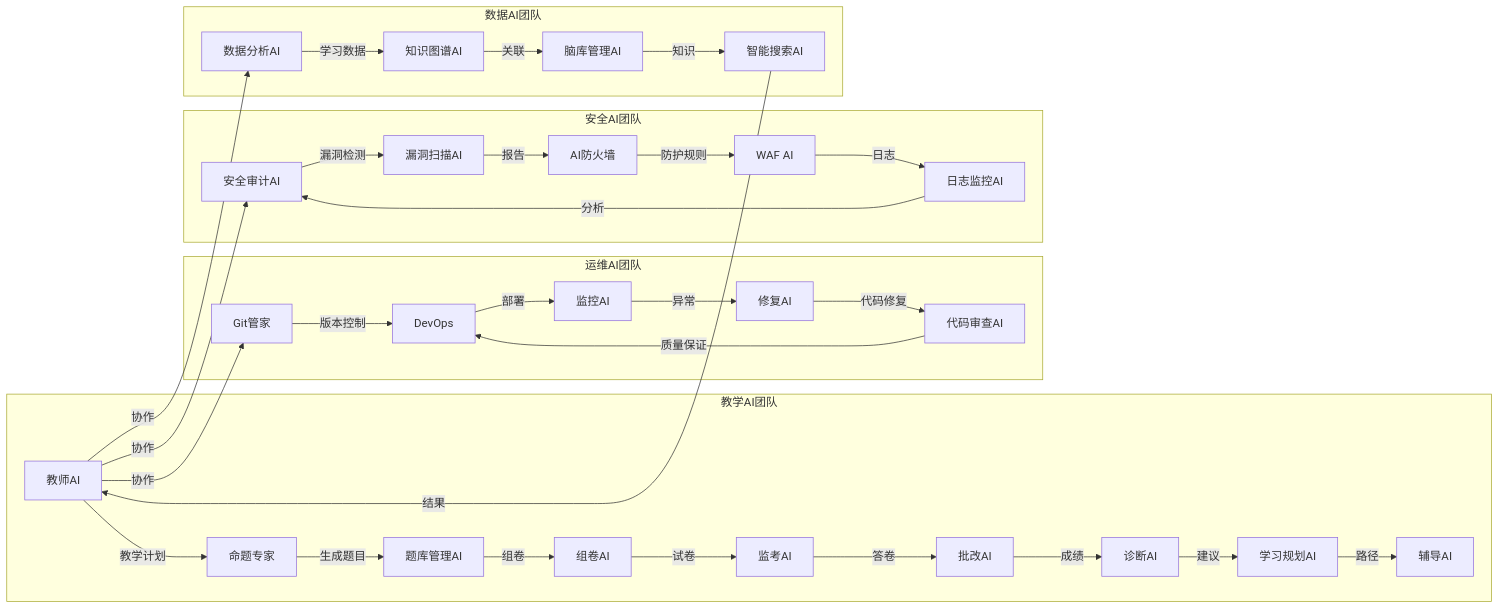
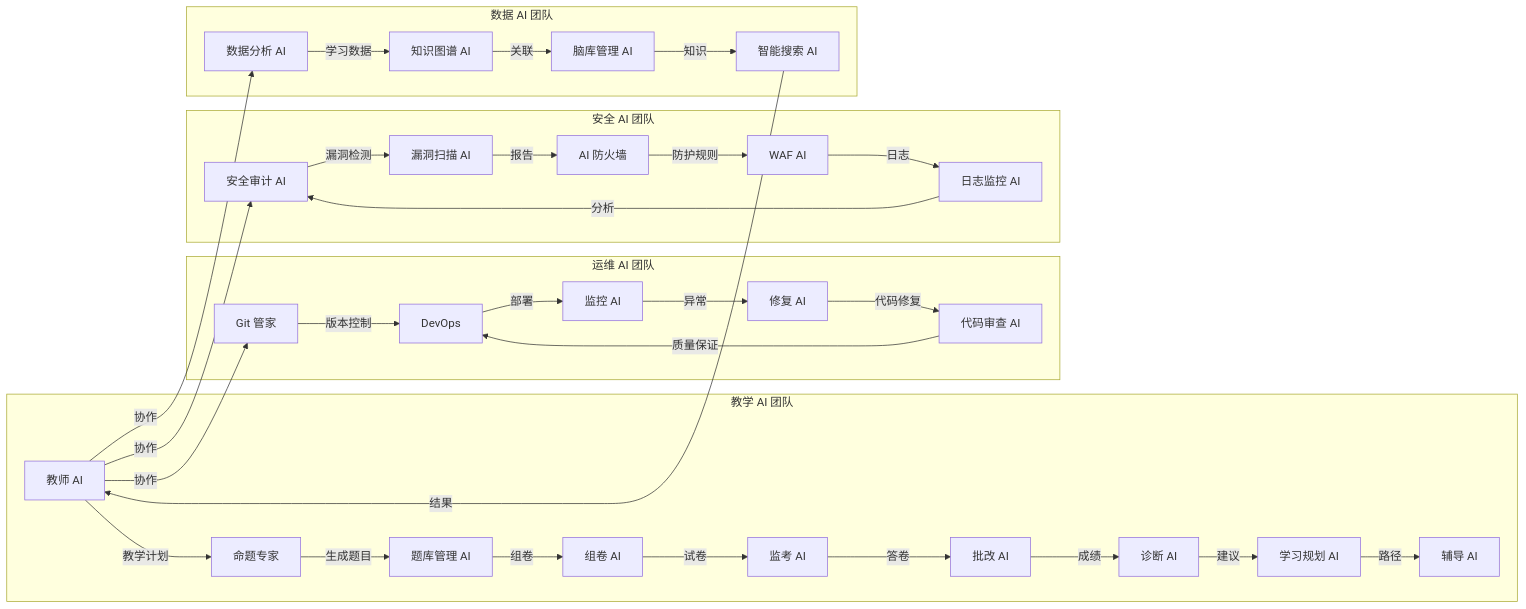
One commit to wuchenghao15/MTSCOS changed the second of 2 diagrams in docs/MIND_MAP.md. Above: the diagram before and after it, drawn with Mermaid. The commit also changed other lines of this file and 375 other files, not shown here.

````diff
--- a/docs/MIND_MAP.md
+++ b/docs/MIND_MAP.md
@@ -181,40 +181,40 @@
 ```mermaid
 graph LR
-    subgraph 教学AI团队
-        A[教师AI] -- 教学计划 --> B[命题专家]
-        B -- 生成题目 --> C[题库管理AI]
-        C -- 组卷 --> D[组卷AI]
-        D -- 试卷 --> E[监考AI]
-        E -- 答卷 --> F[批改AI]
-        F -- 成绩 --> G[诊断AI]
-        G -- 建议 --> H[学习规划AI]
-        H -- 路径 --> I[辅导AI]
+    subgraph 教学 AI 团队
+        A[教师 AI] -- 教学计划 --> B[命题专家]
+        B -- 生成题目 --> C[题库管理 AI]
+        C -- 组卷 --> D[组卷 AI]
+        D -- 试卷 --> E[监考 AI]
+        E -- 答卷 --> F[批改 AI]
+        F -- 成绩 --> G[诊断 AI]
+        G -- 建议 --> H[学习规划 AI]
+        H -- 路径 --> I[辅导 AI]
     end
 
-    subgraph 运维AI团队
-        J[Git管家] -- 版本控制 --> K[DevOps]
-        K -- 部署 --> L[监控AI]
-        L -- 异常 --> M[修复AI]
-        M -- 代码修复 --> N[代码审查AI]
+    subgraph 运维 AI 团队
+        J[Git 管家] -- 版本控制 --> K[DevOps]
+        K -- 部署 --> L[监控 AI]
+        L -- 异常 --> M[修复 AI]
+        M -- 代码修复 --> N[代码审查 AI]
         N -- 质量保证 --> K
     end
 
-    subgraph 安全AI团队
-        O[安全审计AI] -- 漏洞检测 --> P[漏洞扫描AI]
-        P -- 报告 --> Q[AI防火墙]
+    subgraph 安全 AI 团队
+        O[安全审计 AI] -- 漏洞检测 --> P[漏洞扫描 AI]
+        P -- 报告 --> Q[AI 防火墙]
         Q -- 防护规则 --> R[WAF AI]
-        R -- 日志 --> S[日志监控AI]
+        R -- 日志 --> S[日志监控 AI]
         S -- 分析 --> O
     end
 
-    subgraph 数据AI团队
-        T[数据分析AI] -- 学习数据 --> U[知识图谱AI]
-        U -- 关联 --> V[脑库管理AI]
-        V -- 知识 --> W[智能搜索AI]
+    subgraph 数据 AI 团队
+        T[数据分析 AI] -- 学习数据 --> U[知识图谱 AI]
+        U -- 关联 --> V[脑库管理 AI]
+        V -- 知识 --> W[智能搜索 AI]
         W -- 结果 --> A
     end
 
     A -- 协作 --> J
     A -- 协作 --> O
     A -- 协作 --> T
 ```
````
